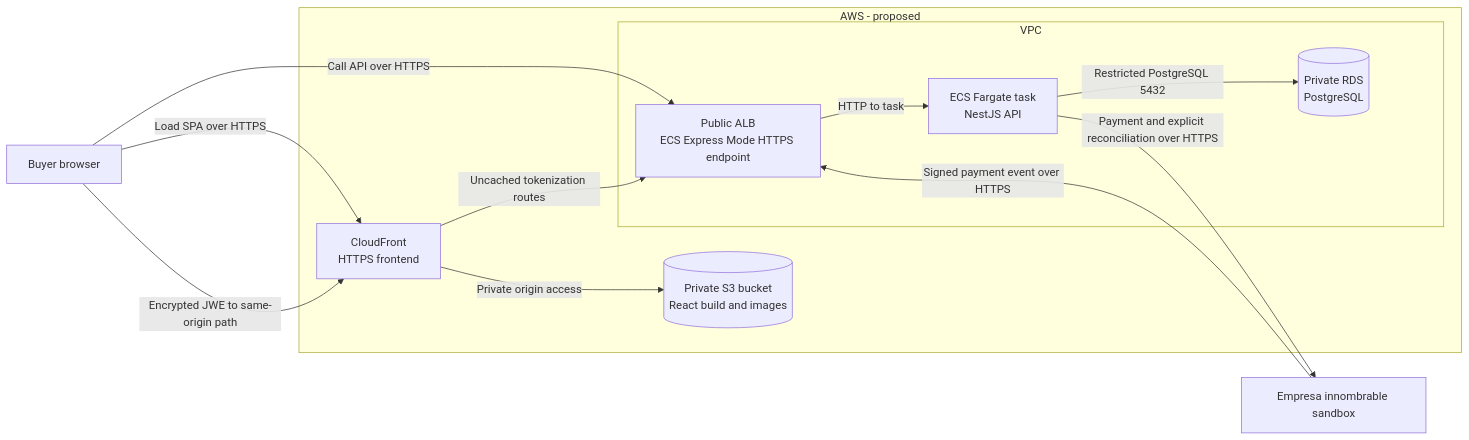
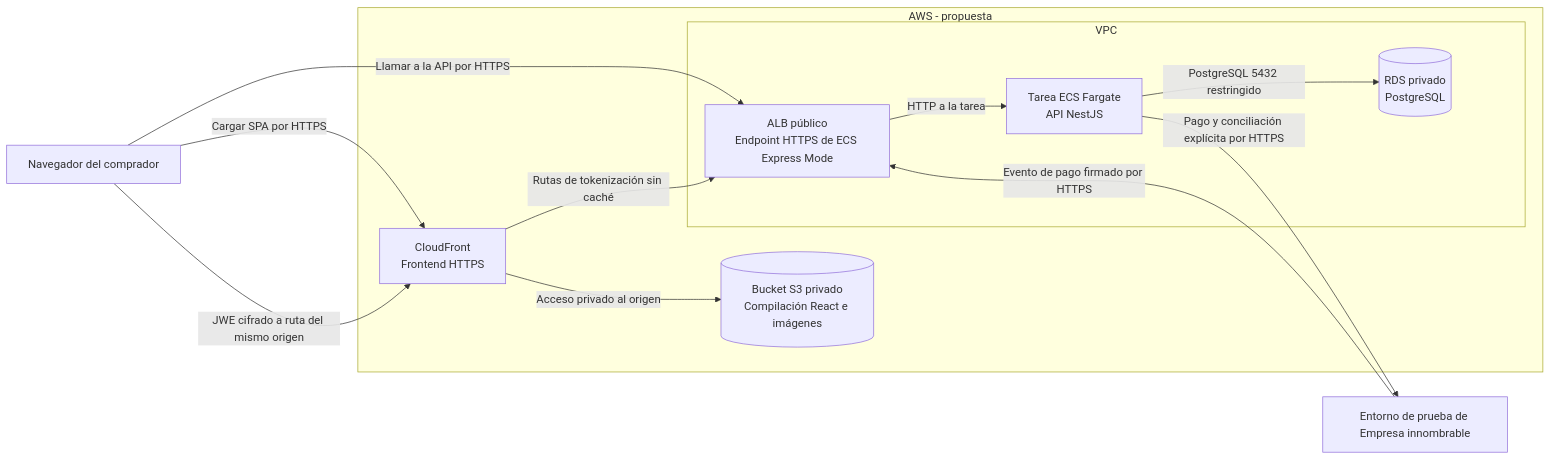
Before and after one commit to alexanderbeleno16/product-payment: the fifth of 5 diagrams in README.md, drawn with Mermaid. The commit also changed other lines of this file, not shown here.

````diff
--- a/README.md
+++ b/README.md
@@ -249,25 +249,25 @@
 ```mermaid
 flowchart LR
-    Browser[Buyer browser]
-    Provider[Empresa innombrable sandbox]
+    Browser[Navegador del comprador]
+    Provider[Entorno de prueba de Empresa innombrable]
 
-    subgraph AWS["AWS - proposed"]
-        CloudFront[CloudFront<br/>HTTPS frontend]
-        S3[(Private S3 bucket<br/>React build and images)]
+    subgraph AWS["AWS - propuesta"]
+        CloudFront[CloudFront<br/>Frontend HTTPS]
+        S3[(Bucket S3 privado<br/>Compilación React e imágenes)]
         subgraph VPC["VPC"]
-            ALB[Public ALB<br/>ECS Express Mode HTTPS endpoint]
-            ECS[ECS Fargate task<br/>NestJS API]
-            RDS[(Private RDS<br/>PostgreSQL)]
+            ALB[ALB público<br/>Endpoint HTTPS de ECS Express Mode]
+            ECS[Tarea ECS Fargate<br/>API NestJS]
+            RDS[(RDS privado<br/>PostgreSQL)]
         end
     end
 
-    Browser -->|Load SPA over HTTPS| CloudFront
-    CloudFront -->|Private origin access| S3
-    Browser -->|Call API over HTTPS| ALB
-    ALB -->|HTTP to task| ECS
-    Browser -->|Encrypted JWE to same-origin path| CloudFront
-    CloudFront -->|Uncached tokenization routes| ALB
-    Provider -->|Signed payment event over HTTPS| ALB
-    ECS -->|Restricted PostgreSQL 5432| RDS
-    ECS -->|Payment and explicit reconciliation over HTTPS| Provider
+    Browser -->|Cargar SPA por HTTPS| CloudFront
+    CloudFront -->|Acceso privado al origen| S3
+    Browser -->|Llamar a la API por HTTPS| ALB
+    ALB -->|HTTP a la tarea| ECS
+    Browser -->|JWE cifrado a ruta del mismo origen| CloudFront
+    CloudFront -->|Rutas de tokenización sin caché| ALB
+    Provider -->|Evento de pago firmado por HTTPS| ALB
+    ECS -->|PostgreSQL 5432 restringido| RDS
+    ECS -->|Pago y conciliación explícita por HTTPS| Provider
 ```
````
